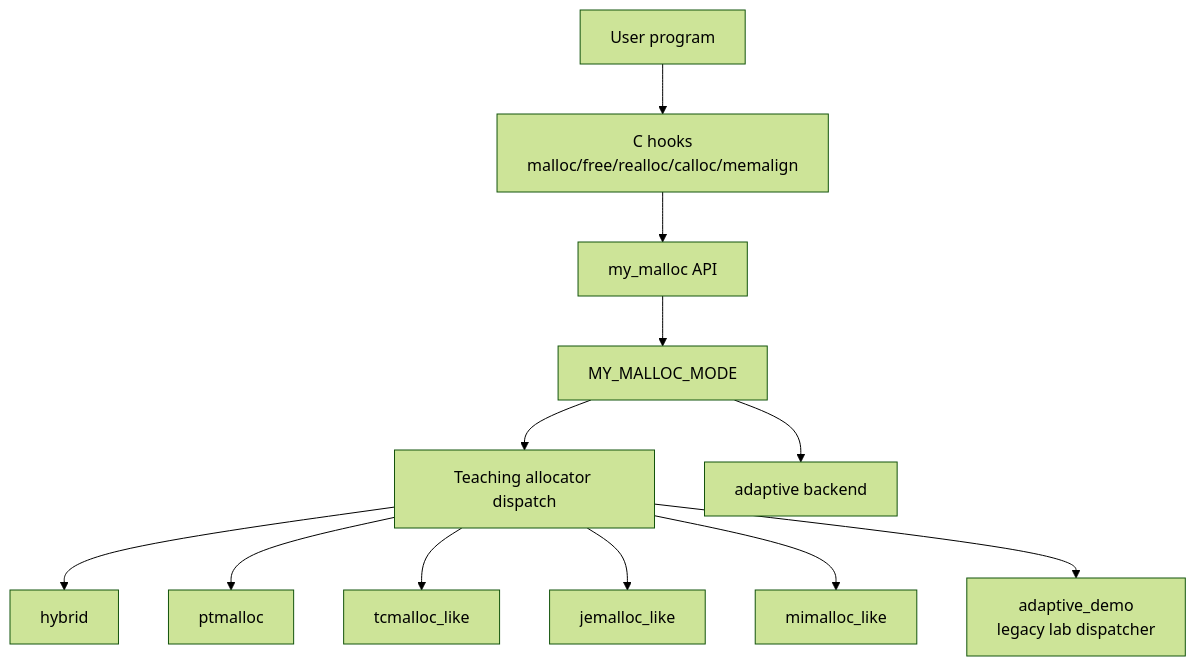
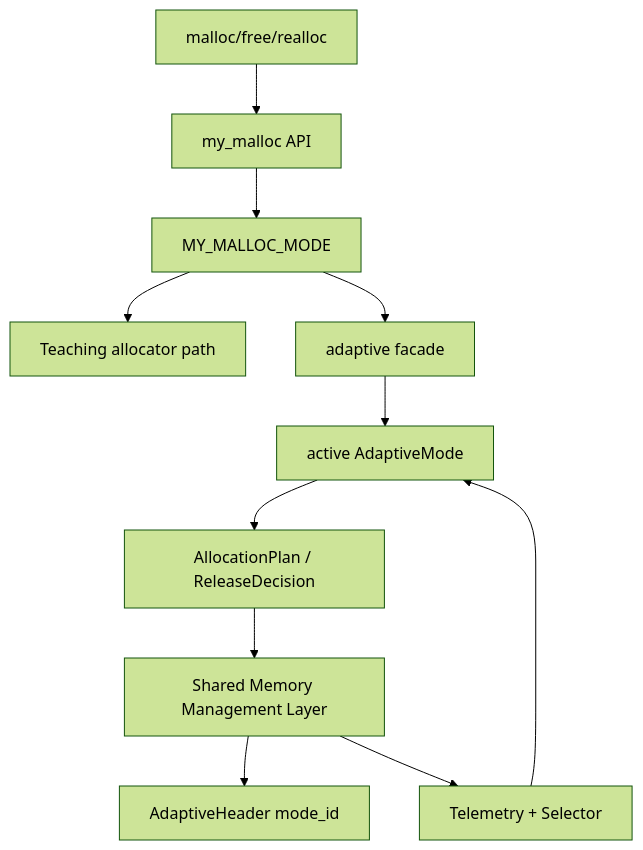
The second of 2 diagrams in docs/system_architecture.md (sdsasf/my_malloc), drawn with Mermaid (forest theme) before and after one commit. The commit also changed other lines of this file and 26 other files, not shown here.

Commit message:
Split adaptive allocator into layered architecture

````diff
--- a/docs/system_architecture.md
+++ b/docs/system_architecture.md
@@ -84,27 +78,19 @@
 ```mermaid
 flowchart TB
-    User["User program"]
-    Hooks["C hooks<br/>malloc/free/realloc/calloc/memalign"]
+    User["malloc/free/realloc"]
     API["my_malloc API"]
     Mode["MY_MALLOC_MODE"]
+    Lab["Teaching allocator path"]
+    Adaptive["adaptive facade"]
+    Active["active AdaptiveMode"]
+    Plan["AllocationPlan / ReleaseDecision"]
+    Services["Shared Memory Management Layer"]
+    Header["AdaptiveHeader mode_id"]
+    Selector["Telemetry + Selector"]
 
-    LabDispatch["Teaching allocator dispatch"]
-    Adaptive["adaptive backend"]
-
-    Hybrid["hybrid"]
-    PT["ptmalloc"]
-    TC["tcmalloc_like"]
-    JE["jemalloc_like"]
-    MI["mimalloc_like"]
-    Demo["adaptive_demo<br/>legacy lab dispatcher"]
-
-    User --> Hooks --> API --> Mode
-    Mode --> LabDispatch
+    User --> API --> Mode
+    Mode --> Lab
     Mode --> Adaptive
-    LabDispatch --> Hybrid
-    LabDispatch --> PT
-    LabDispatch --> TC
-    LabDispatch --> JE
-    LabDispatch --> MI
-    LabDispatch --> Demo
+    Adaptive --> Active --> Plan --> Services --> Header
+    Services --> Selector --> Active
 ```
````
